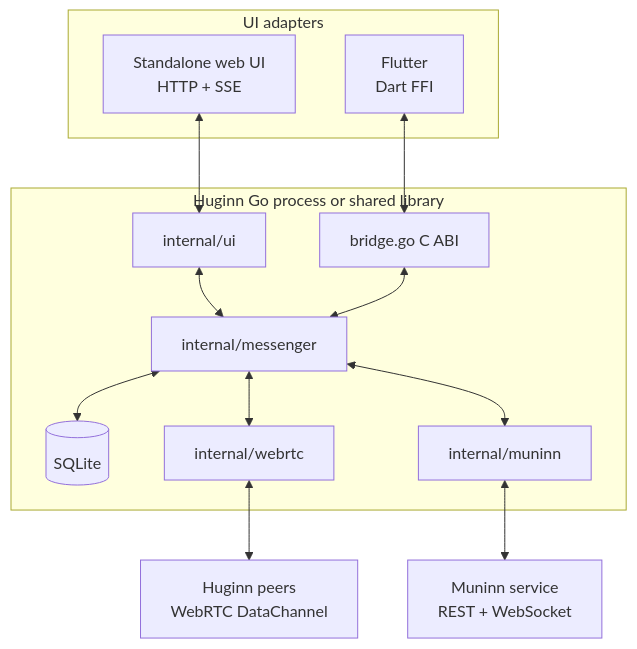
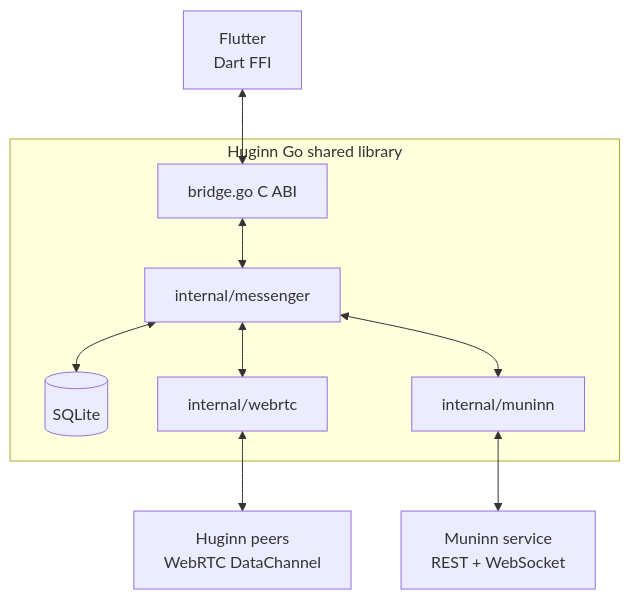
Before and after one commit to killbane1232/huginn-messenger: the first of 10 diagrams in docs/architecture.md, drawn with Mermaid. The commit also changed other lines of this file and 13 other files, not shown here.

````diff
--- a/docs/architecture.md
+++ b/docs/architecture.md
@@ -15,29 +12,23 @@
 ```mermaid
 flowchart TB
-    subgraph Adapters[UI adapters]
-        Web[Standalone web UI<br/>HTTP + SSE]
-        Flutter[Flutter<br/>Dart FFI]
-    end
+    Flutter[Flutter<br/>Dart FFI]
 
-    subgraph Huginn[Huginn Go process or shared library]
-        UIAPI[internal/ui]
+    subgraph Huginn[Huginn Go shared library]
         ABI[bridge.go C ABI]
         Core[internal/messenger]
         Store[(SQLite)]
         RTC[internal/webrtc]
         MC[internal/muninn]
     end
 
     Muninn[Muninn service<br/>REST + WebSocket]
     Peers[Huginn peers<br/>WebRTC DataChannel]
 
-    Web <--> UIAPI
     Flutter <--> ABI
-    UIAPI <--> Core
     ABI <--> Core
     Core <--> Store
     Core <--> RTC
     Core <--> MC
     MC <--> Muninn
     RTC <--> Peers
 ```
````
